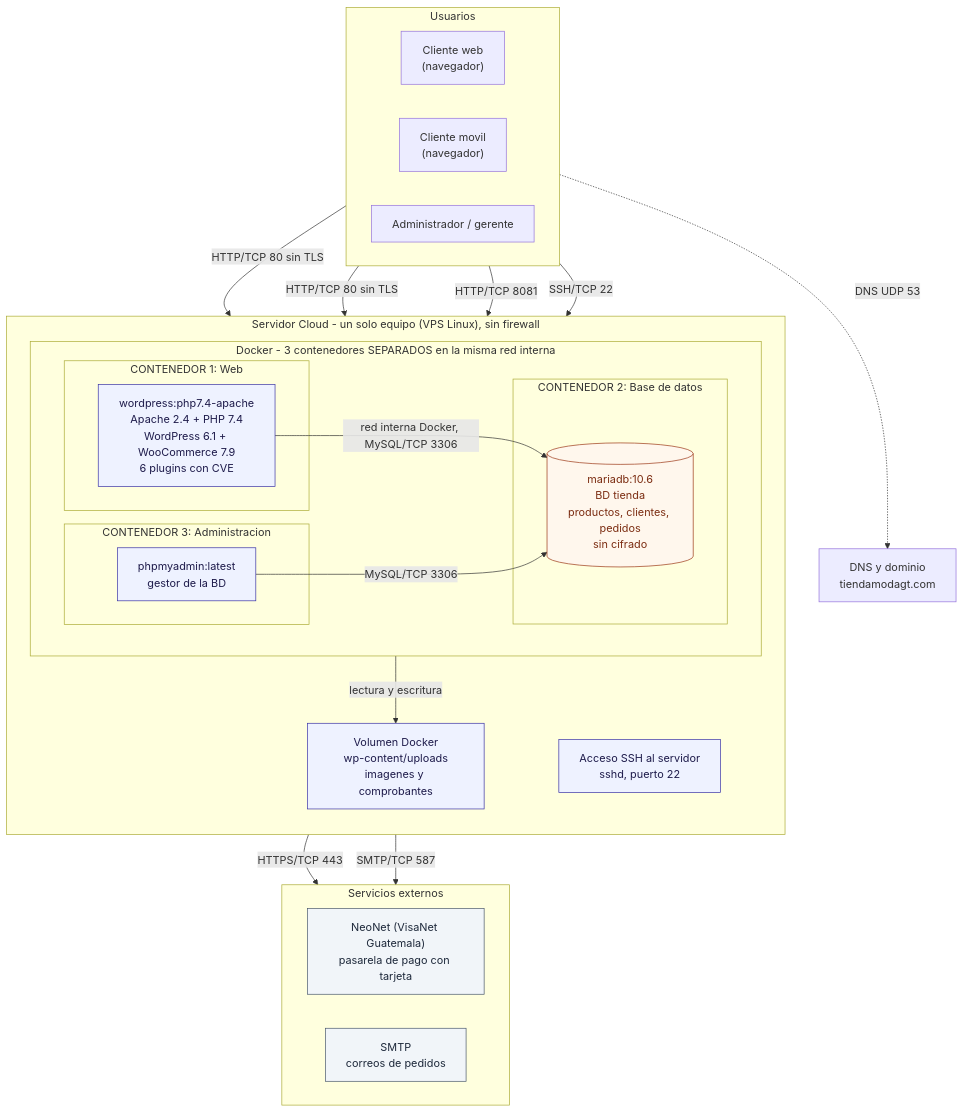
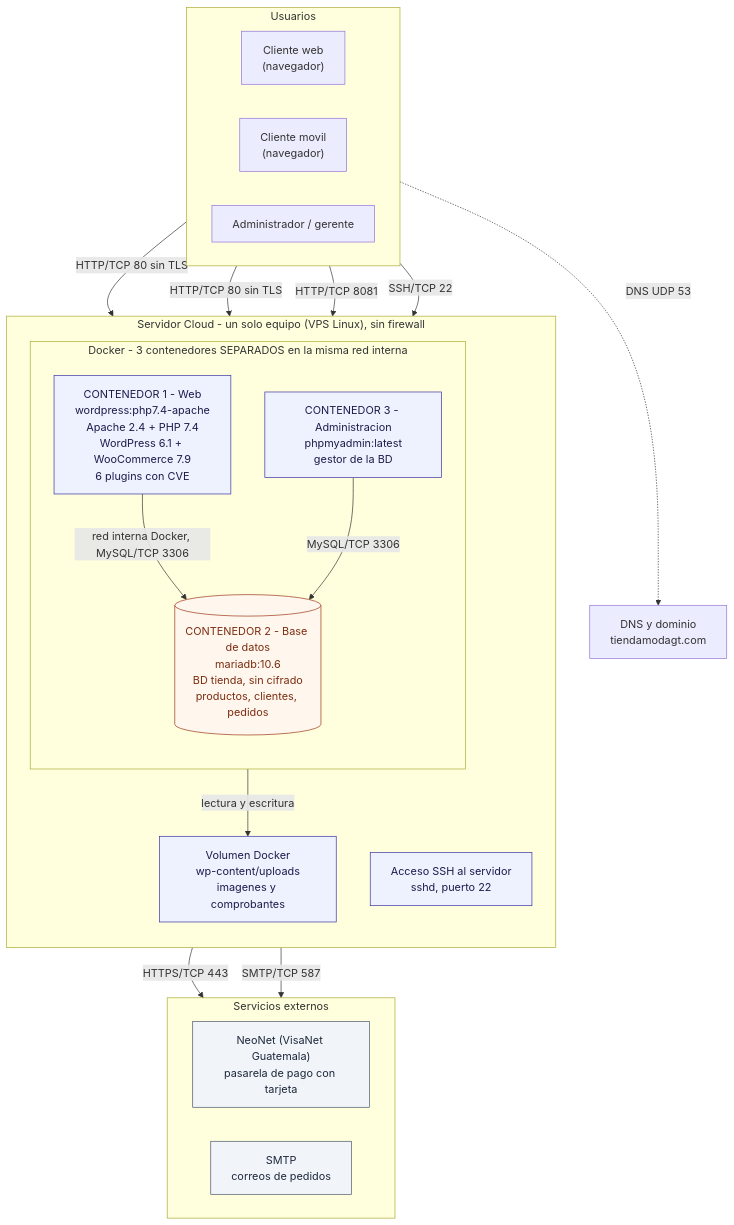
Before and after one commit to JavierNavas/tienda-moda-gt: the first of 2 diagrams in ARQUITECTURA.md, drawn with Mermaid. The commit also changed 1 other file, not shown here.

Commit message:
Simplifica contenedores a una caja cada uno para evitar que las lineas se encimen con los titulos

````diff
--- a/ARQUITECTURA.md
+++ b/ARQUITECTURA.md
@@ -40,53 +40,47 @@
 ```mermaid
 flowchart TB
     subgraph USUARIOS["Usuarios"]
         direction LR
         WEB["Cliente web<br/>(navegador)"]
         MOV["Cliente movil<br/>(navegador)"]
         OPS["Administrador / gerente"]
     end
 
     DNS["DNS y dominio<br/>tiendamodagt.com"]
 
     subgraph HOST["Servidor Cloud - un solo equipo (VPS Linux), sin firewall"]
         direction TB
         subgraph DOCKER["Docker - 3 contenedores SEPARADOS en la misma red interna"]
-            direction LR
-            subgraph C1["CONTENEDOR 1: Web"]
-                WPC["wordpress:php7.4-apache<br/>Apache 2.4 + PHP 7.4<br/>WordPress 6.1 + WooCommerce 7.9<br/>6 plugins con CVE"]
-            end
-            subgraph C2["CONTENEDOR 2: Base de datos"]
-                DB[("mariadb:10.6<br/>BD tienda<br/>productos, clientes, pedidos<br/>sin cifrado")]
-            end
-            subgraph C3["CONTENEDOR 3: Administracion"]
-                PMA["phpmyadmin:latest<br/>gestor de la BD"]
-            end
+            direction TB
+            WPC["CONTENEDOR 1 - Web<br/>wordpress:php7.4-apache<br/>Apache 2.4 + PHP 7.4<br/>WordPress 6.1 + WooCommerce 7.9<br/>6 plugins con CVE"]
+            DB[("CONTENEDOR 2 - Base de datos<br/>mariadb:10.6<br/>BD tienda, sin cifrado<br/>productos, clientes, pedidos")]
+            PMA["CONTENEDOR 3 - Administracion<br/>phpmyadmin:latest<br/>gestor de la BD"]
         end
         MEDIA["Volumen Docker<br/>wp-content/uploads<br/>imagenes y comprobantes"]
         SSH["Acceso SSH al servidor<br/>sshd, puerto 22"]
     end
 
     subgraph EXT["Servicios externos"]
         direction LR
         PAY["NeoNet (VisaNet Guatemala)<br/>pasarela de pago con tarjeta"]
         MAIL["SMTP<br/>correos de pedidos"]
     end
 
     WEB -->|"HTTP/TCP 80 sin TLS"| WPC
     MOV -->|"HTTP/TCP 80 sin TLS"| WPC
     WEB -.->|"DNS UDP 53"| DNS
     WPC -->|"red interna Docker, MySQL/TCP 3306"| DB
     PMA -->|"MySQL/TCP 3306"| DB
     WPC -->|"lectura y escritura"| MEDIA
     WPC -->|"HTTPS/TCP 443"| PAY
     WPC -->|"SMTP/TCP 587"| MAIL
     OPS -->|"HTTP/TCP 8081"| PMA
     OPS -->|"SSH/TCP 22"| SSH
 
     classDef app fill:#eef2ff,stroke:#3730a3,color:#1e1b4b;
     classDef db fill:#fff7ed,stroke:#9a3412,color:#7c2d12;
     classDef ext fill:#f1f5f9,stroke:#475569,color:#1e293b;
     class WPC,PMA,MEDIA,SSH app;
     class DB db;
     class PAY,MAIL ext;
 ```
````
